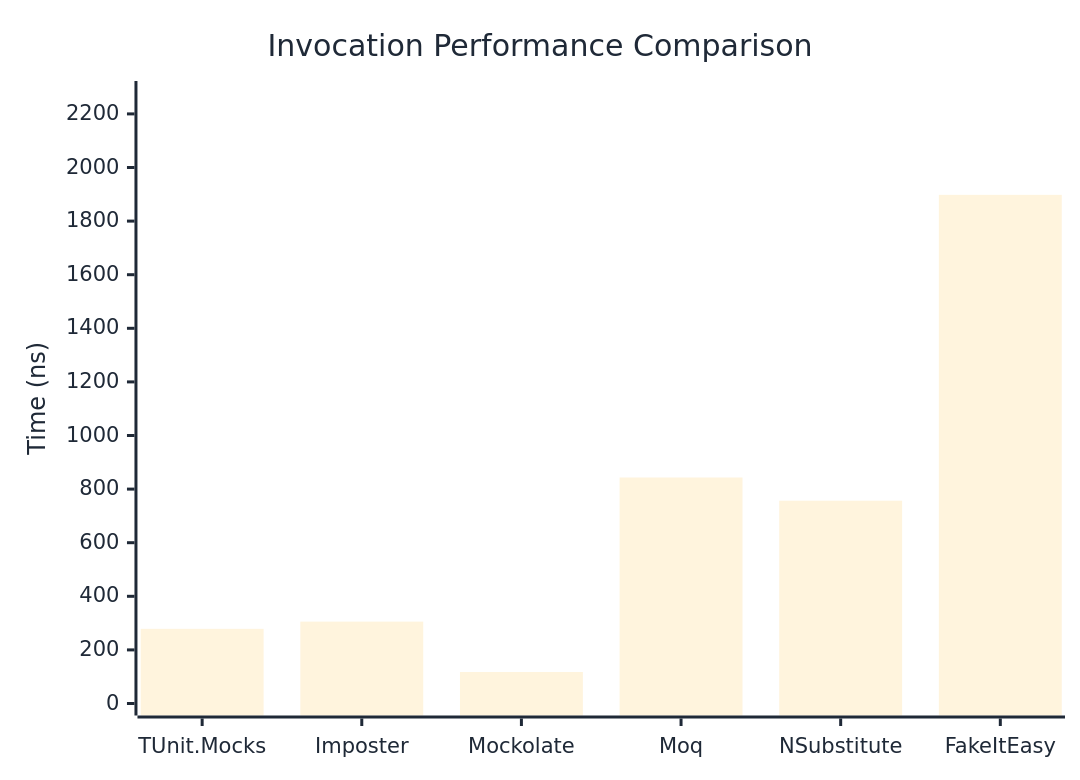
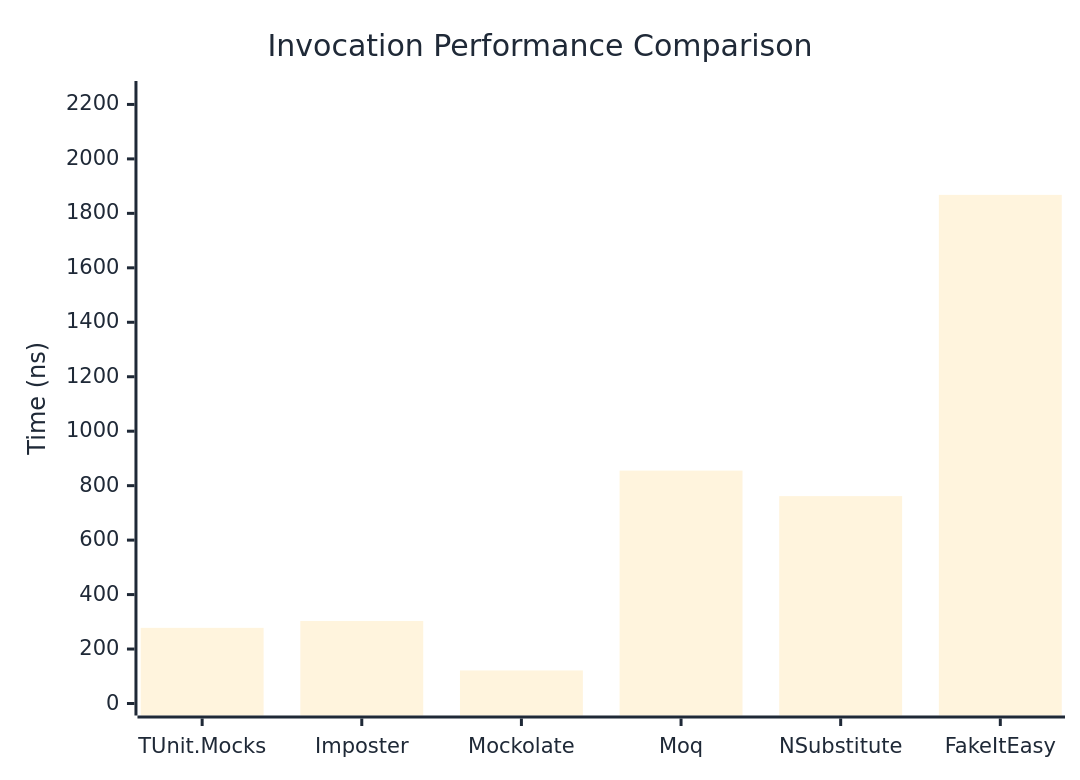
The first of 3 diagrams in docs/docs/benchmarks/mocks/Invocation.md (thomhurst/TUnit), drawn with Mermaid before and after one commit. The commit also changed other lines of this file and 14 other files, not shown here.

````diff
--- a/docs/docs/benchmarks/mocks/Invocation.md
+++ b/docs/docs/benchmarks/mocks/Invocation.md
@@ -30,27 +30,27 @@
 ```mermaid
 %%{init: {
   'theme':'base',
   'themeVariables': {
     'primaryColor': '#2563eb',
     'primaryTextColor': '#1f2937',
     'primaryBorderColor': '#1e40af',
     'lineColor': '#6b7280',
     'secondaryColor': '#7c3aed',
     'tertiaryColor': '#dc2626',
     'background': '#ffffff',
     'pie1': '#2563eb',
     'pie2': '#7c3aed',
     'pie3': '#dc2626',
     'pie4': '#f59e0b',
     'pie5': '#10b981',
     'pie6': '#06b6d4',
     'pie7': '#ec4899',
     'pie8': '#6366f1'
   }
 }}%%
 xychart-beta
   title "Invocation Performance Comparison"
   x-axis ["TUnit.Mocks", "Imposter", "Mockolate", "Moq", "NSubstitute", "FakeItEasy"]
-  y-axis "Time (ns)" 0 --> 2278
-  bar [278.6, 305.5, 117.6, 843.3, 756.7, 1898]
+  y-axis "Time (ns)" 0 --> 2242
+  bar [277.8, 303.1, 121.4, 855.3, 761.6, 1867.9]
 ```
````
